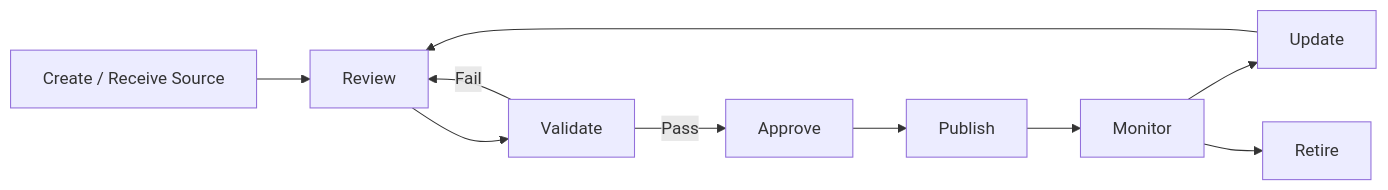
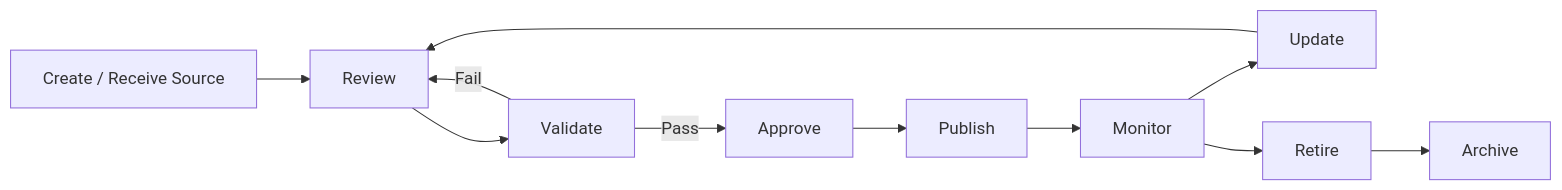
Before and after one commit to AdithyaGopakumar/Advanced-RAG-Banking: the fifth of 10 diagrams in docs/KNOWLEDGE_ENGINEERING.md, drawn with Mermaid.

Commit message:
Fixes in the Knowledge engineering md file.

````diff
--- a/docs/KNOWLEDGE_ENGINEERING.md
+++ b/docs/KNOWLEDGE_ENGINEERING.md
@@ -502,12 +502,17 @@
 ```mermaid
 flowchart LR
     Create["Create / Receive Source"] --> Review["Review"]
     Review --> Validate["Validate"]
+
     Validate -->|Pass| Approve["Approve"]
     Validate -->|Fail| Review
+
     Approve --> Publish["Publish"]
     Publish --> Monitor["Monitor"]
+
     Monitor --> Update["Update"]
     Update --> Review
+
     Monitor --> Retire["Retire"]
+    Retire --> Archive["Archive"]
 ```
````
